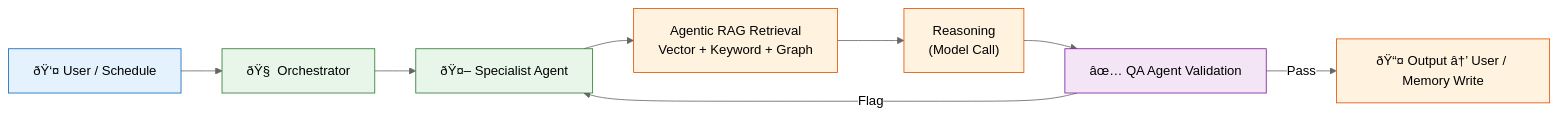
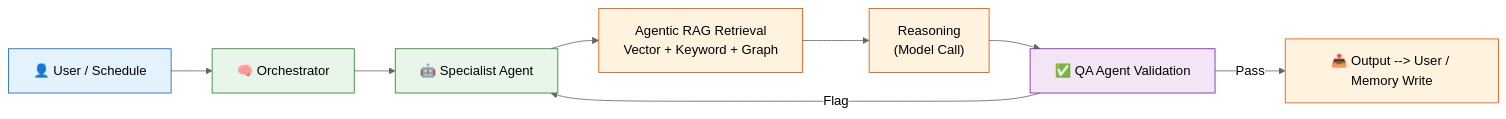
The first of 3 diagrams in Docs/AI/README.md (Driftloom/Vaeloom), drawn with Mermaid (neutral theme) before and after one commit. The commit also changed other lines of this file and 18 other files, not shown here.

Commit message:
docs(ai): add AI architecture overview and model routing

````diff
--- a/Docs/AI/README.md
+++ b/Docs/AI/README.md
@@ -45,21 +45,21 @@
 ```mermaid
 graph LR
-    U["ðŸ‘¤ User / Schedule"] --> O["ðŸ§  Orchestrator"]
-    O --> SA["ðŸ¤– Specialist Agent"]
+    U["👤 User / Schedule"] --> O["🧠 Orchestrator"]
+    O --> SA["🤖 Specialist Agent"]
     SA --> RAG["Agentic RAG Retrieval<br/>Vector + Keyword + Graph"]
     RAG --> RE["Reasoning<br/>(Model Call)"]
-    RE --> QA["âœ… QA Agent Validation"]
-    QA -->|Pass| OUT["ðŸ“¤ Output â†’ User / Memory Write"]
+    RE --> QA["✅ QA Agent Validation"]
+    QA -->|Pass| OUT["📤 Output --> User / Memory Write"]
     QA -->|Flag| SA
 
     classDef user fill:#e3f2fd,stroke:#1565c0
     classDef agent fill:#e8f5e9,stroke:#2e7d32
     classDef process fill:#fff3e0,stroke:#e65100
     classDef gate fill:#f3e5f5,stroke:#7b1fa2
 
     class U user
     class O,SA agent
     class RAG,RE process
     class QA gate
     class OUT process
 ```
````
